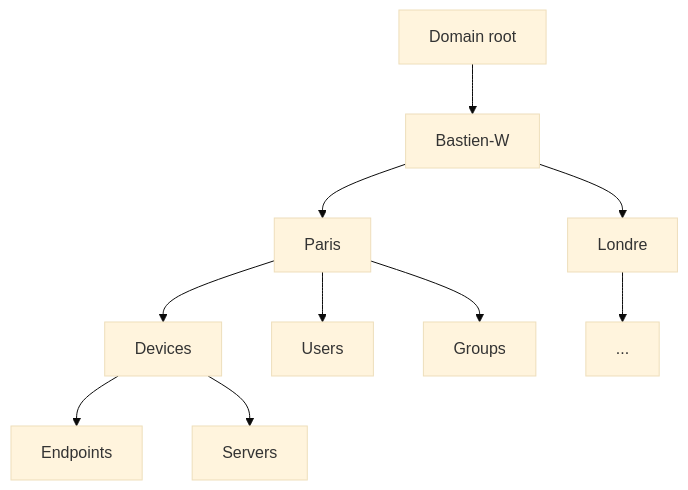
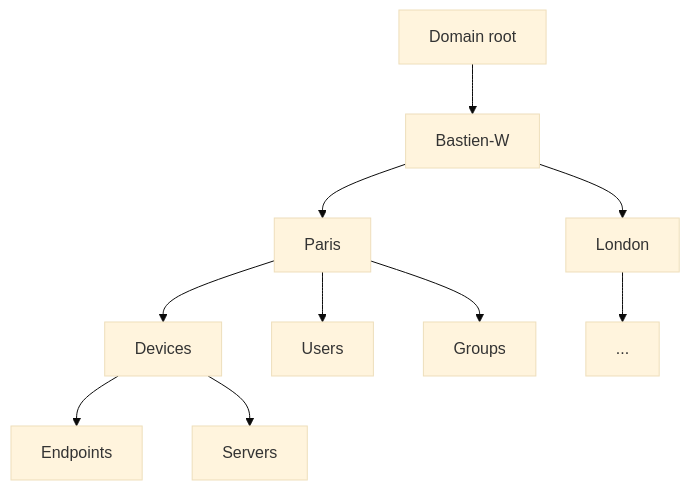
One commit to bastien-w/bastien-w.github.io changed the diagram in _posts/2023-05-09-ADBestPraticies.md. Above: the diagram before and after it, drawn with Mermaid (base theme).

```diff
--- a/_posts/2023-05-09-ADBestPraticies.md
+++ b/_posts/2023-05-09-ADBestPraticies.md
@@ -30,10 +30,10 @@
 <div class="mermaid">
 graph TD;
     A[Domain root]-->B[Bastien-W];
     B[Bastien-W]-->C[Paris];
     C[Paris]-->D[Devices]-->E[Endpoints];
     D[Devices]-->F[Servers];
     C[Paris]-->G[Users];
     C[Paris]-->H[Groups];
-    B[Bastien-W]-->I[Londre]-->J[...];
+    B[Bastien-W]-->I[London]-->J[...];
 </div>
```
